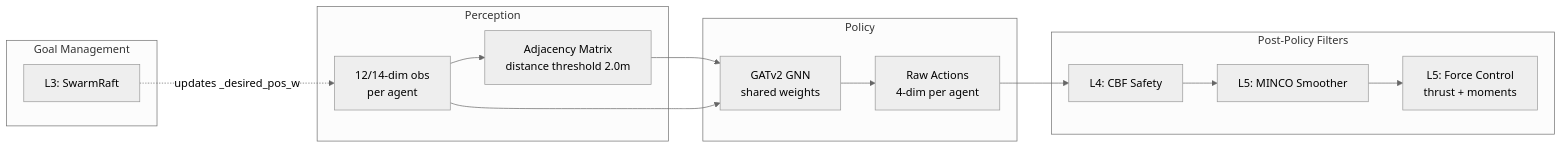
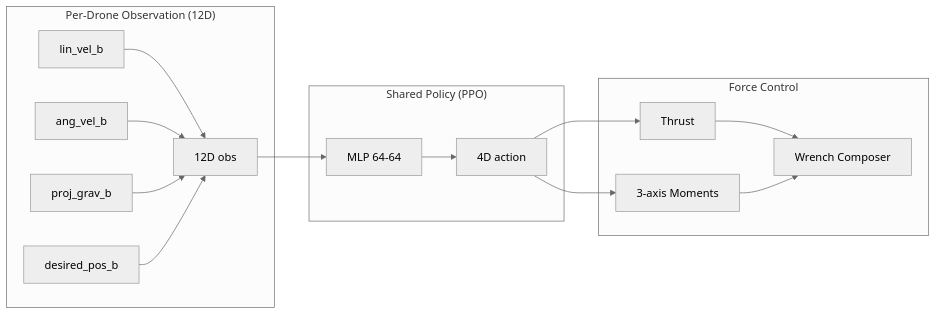
Before and after one commit to garykuepper/ggSwarm: the diagram in docs/design/architecture.md, drawn with Mermaid (neutral theme). The commit also changed other lines of this file and 6 other files, not shown here.

````diff
--- a/docs/design/architecture.md
+++ b/docs/design/architecture.md
@@ -32,22 +11,21 @@
 ```mermaid
 graph LR
-    subgraph Perception
-        Obs[12/14-dim obs<br/>per agent] --> AdjMat[Adjacency Matrix<br/>distance threshold 2.0m]
+    subgraph "Per-Drone Observation (12D)"
+        LV[lin_vel_b] --> Obs
+        AV[ang_vel_b] --> Obs
+        PG[proj_grav_b] --> Obs
+        DP[desired_pos_b] --> Obs
     end
 
-    subgraph Policy
-        AdjMat --> GNN[GATv2 GNN<br/>shared weights]
-        Obs --> GNN
-        GNN --> RawAct[Raw Actions<br/>4-dim per agent]
+    subgraph "Shared Policy (PPO)"
+        Obs[12D obs] --> MLP[MLP 64-64]
+        MLP --> Act[4D action]
     end
 
-    subgraph "Post-Policy Filters"
-        RawAct --> CBF[L4: CBF Safety]
-        CBF --> MINCO[L5: MINCO Smoother]
-        MINCO --> FC[L5: Force Control<br/>thrust + moments]
-    end
-
-    subgraph "Goal Management"
-        Raft[L3: SwarmRaft] -.->|updates _desired_pos_w| Obs
+    subgraph "Force Control"
+        Act --> Thrust[Thrust]
+        Act --> Moments[3-axis Moments]
+        Thrust --> WC[Wrench Composer]
+        Moments --> WC
     end
 ```
````
